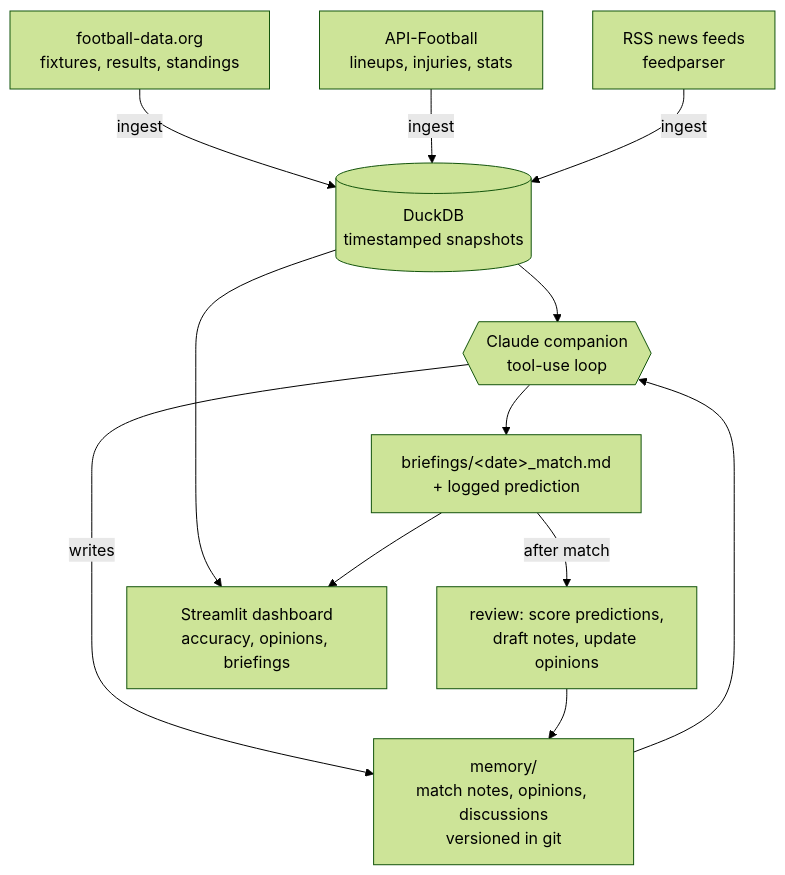
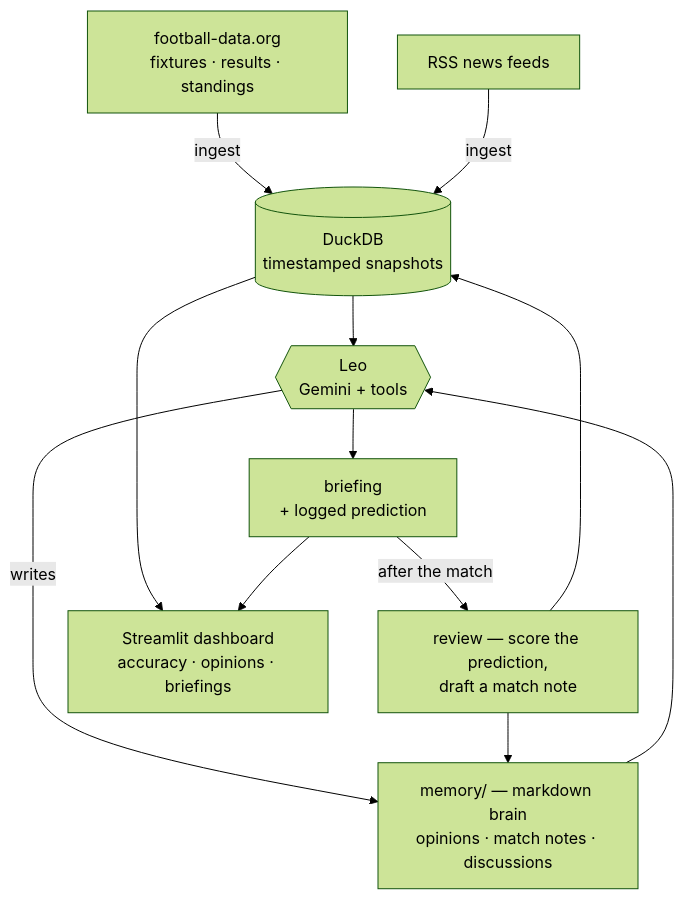
The diagram in README.md (Rushikesh-S-Ware/football-companion), drawn with Mermaid (forest theme) before and after one commit. The commit also changed other lines of this file and 3 other files, not shown here.

First line of the commit message:
Add Streamlit dashboard + finished README — v1 shipped (Phase 4)

````diff
--- a/README.md
+++ b/README.md
@@ -28,14 +35,14 @@
 ```mermaid
 flowchart TD
-    A[football-data.org<br/>fixtures, results, standings] -->|ingest| D[(DuckDB<br/>timestamped snapshots)]
-    B[API-Football<br/>lineups, injuries, stats] -->|ingest| D
-    C[RSS news feeds<br/>feedparser] -->|ingest| D
-    M[memory/<br/>match notes, opinions, discussions<br/>versioned in git] --> E
-    D --> E{{Claude companion<br/>tool-use loop}}
-    E -->|writes| M
-    E --> F[briefings/&lt;date&gt;_match.md<br/>+ logged prediction]
-    F -->|after match| G[review: score predictions,<br/>draft notes, update opinions]
-    G --> M
-    D --> H[Streamlit dashboard<br/>accuracy, opinions, briefings]
-    F --> H
+    FD[football-data.org<br/>fixtures · results · standings] -->|ingest| DB[(DuckDB<br/>timestamped snapshots)]
+    RSS[RSS news feeds] -->|ingest| DB
+    MEM[memory/ — markdown brain<br/>opinions · match notes · discussions] --> LEO
+    DB --> LEO{{Leo<br/>Gemini + tools}}
+    LEO -->|writes| MEM
+    LEO --> BR[briefing<br/>+ logged prediction]
+    BR -->|after the match| REV[review — score the prediction,<br/>draft a match note]
+    REV --> DB
+    REV --> MEM
+    DB --> DASH[Streamlit dashboard<br/>accuracy · opinions · briefings]
+    BR --> DASH
 ```
````
